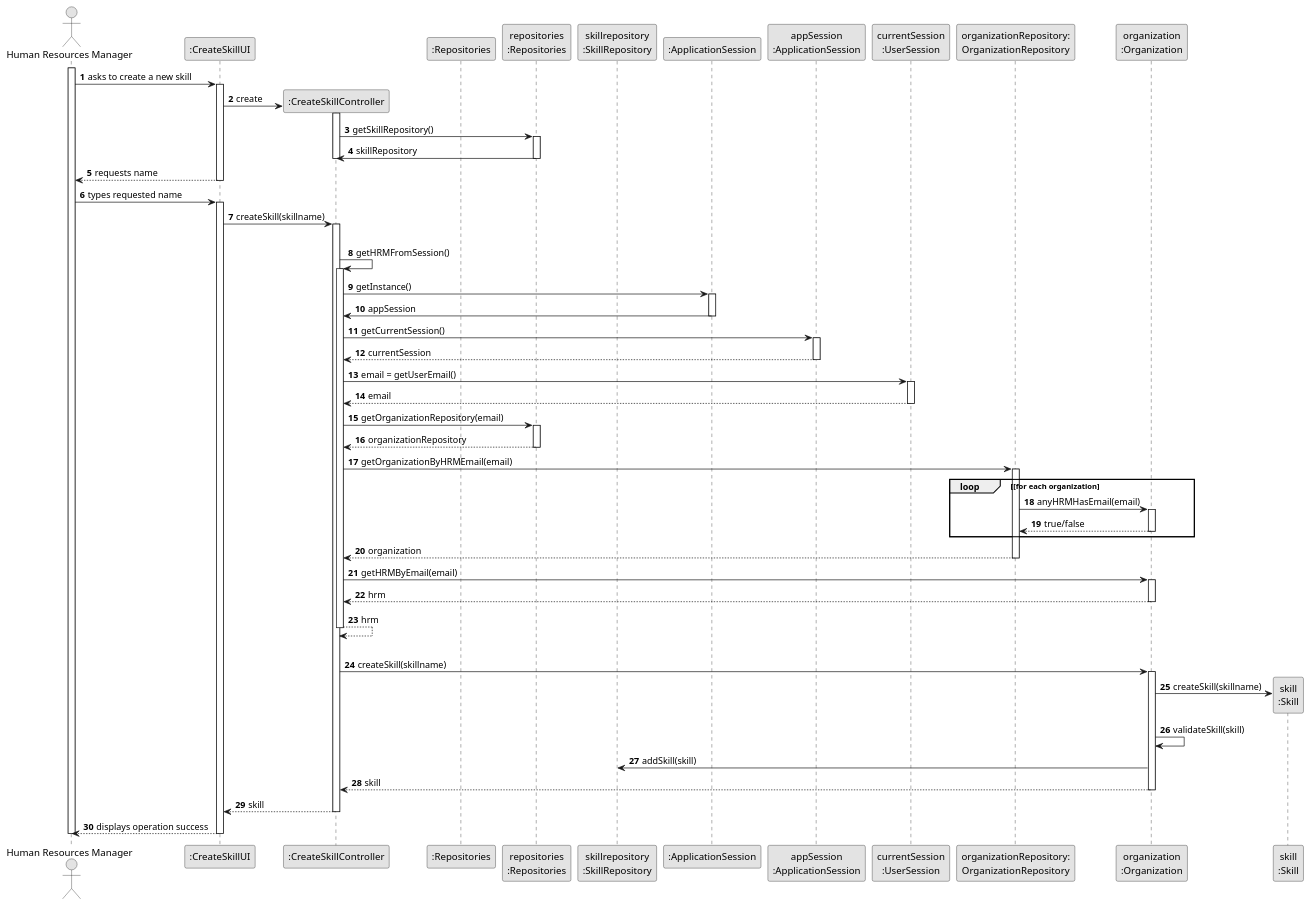
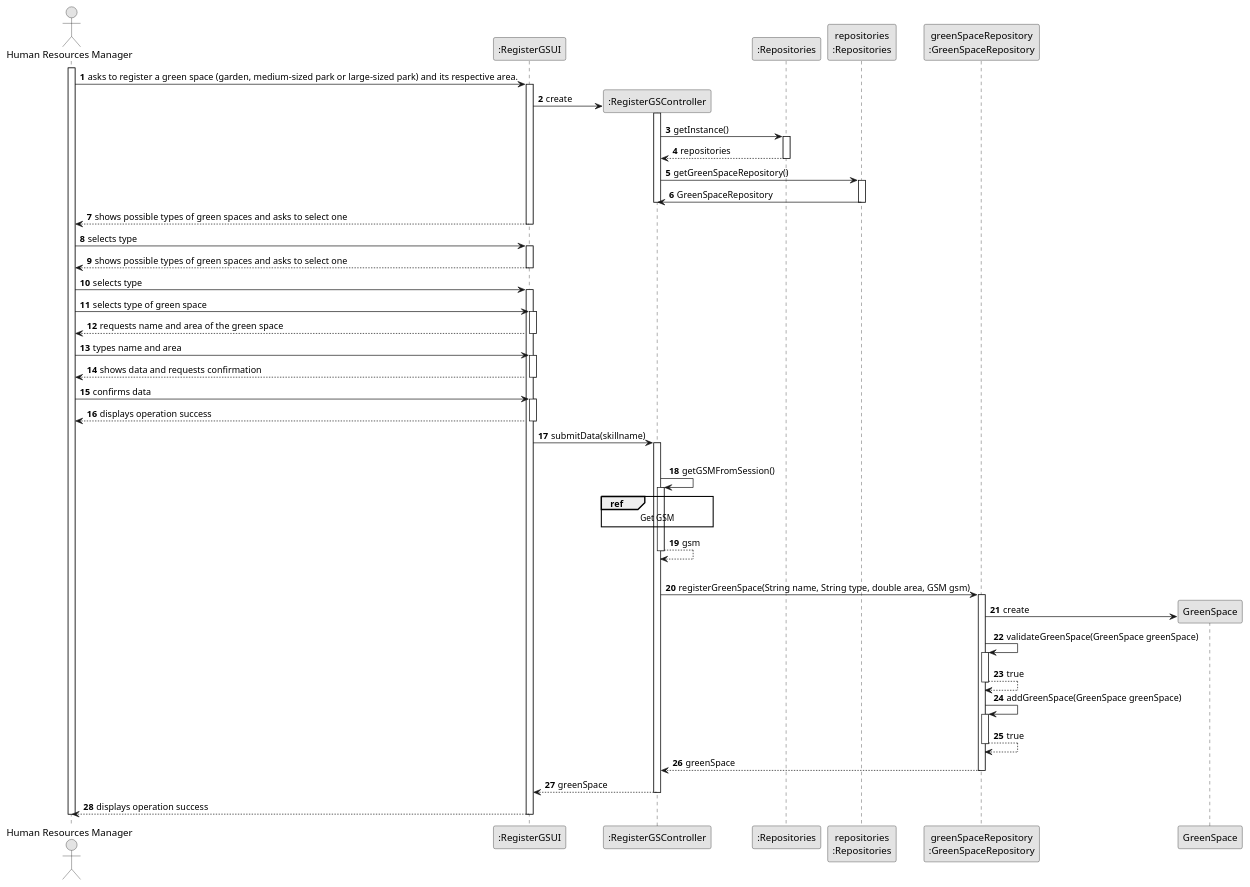
Before and after one commit to tiagosoa/lei-24-s2-1dgh-g073: the diagram in docs/sprint3/us020/03.design/puml/us001-sequence-diagram-full.puml, drawn with PlantUML. The commit also changed 18 other files, not shown here.

```diff
--- a/docs/sprint3/us020/03.design/puml/us001-sequence-diagram-full.puml
+++ b/docs/sprint3/us020/03.design/puml/us001-sequence-diagram-full.puml
@@ -1,123 +1,117 @@
 @startuml
 skinparam monochrome true
 skinparam packageStyle rectangle
 skinparam shadowing false
 
 autonumber
 
 'hide footbox
 actor "Human Resources Manager" as ADM
-participant ":CreateSkillUI" as UI
-participant ":CreateSkillController" as CTRL
+participant ":RegisterGSUI" as UI
+participant ":RegisterGSController" as CTRL
 participant ":Repositories" as RepositorySingleton
 participant "repositories\n:Repositories" as PLAT
-participant "skillrepository\n:SkillRepository" as SR
-participant ":ApplicationSession" as _APP
-participant "appSession\n:ApplicationSession" as APP
-participant "currentSession\n:UserSession" as SESSAO
-participant "organizationRepository:\nOrganizationRepository" as OrganizationRepository
-participant "organization\n:Organization" as ORG
-participant "skill\n:Skill" as HABILIDADE
+participant "greenSpaceRepository\n:GreenSpaceRepository" as GSR
+participant "GreenSpace" as HABILIDADE
 
 activate ADM
 
-        ADM -> UI : asks to create a new skill
+        ADM -> UI : asks to register a green space (garden, medium-sized park or large-sized park) and its respective area.
 
         activate UI
 
 '            UI --> ADM : requests data (name)
             'create CTRL
             UI -> CTRL** : create
 
             activate CTRL
 
-                 CTRL -> PLAT : getSkillRepository()
-                         activate PLAT
+                        CTRL -> RepositorySingleton : getInstance()
+                                        activate RepositorySingleton
 
-                     PLAT -> CTRL : skillRepository
-                     deactivate PLAT
-    deactivate CTRL
-    UI --> ADM : requests name
+                                            RepositorySingleton --> CTRL: repositories
+                                        deactivate RepositorySingleton
+
+                             CTRL -> PLAT : getGreenSpaceRepository()
+                                     activate PLAT
+
+                                 PLAT -> CTRL : GreenSpaceRepository
+                                 deactivate PLAT
+                                 deactivate CTRL
+
+
+    UI --> ADM : shows possible types of green spaces and asks to select one
     deactivate UI
 
-    ADM -> UI : types requested name
+    ADM -> UI : selects type
     activate UI
 
-        UI -> CTRL : createSkill(skillname)
+    UI --> ADM : shows possible types of green spaces and asks to select one
+    deactivate UI
+
+        ADM -> UI : selects type
+        activate UI
+            ADM -> UI : selects type of green space
+            activate UI
+        
+            UI --> ADM : requests name and area of the green space
+            deactivate UI
+        
+            ADM -> UI : types name and area
+            activate UI
+        
+            UI --> ADM : shows data and requests confirmation
+            deactivate UI
+        
+            ADM -> UI : confirms data
+            activate UI
+        
+            UI --> ADM : displays operation success
+            deactivate UI
+
+
+        UI -> CTRL : submitData(skillname)
         activate CTRL
 
             |||
-            CTRL -> CTRL : getHRMFromSession()
+            CTRL -> CTRL : getGSMFromSession()
             activate CTRL
 
-                CTRL -> _APP: getInstance()
-                activate _APP
-                    _APP -> CTRL: appSession
-                deactivate _APP
+            ref over CTRL
+            Get GSM
+            end
 
-
-                CTRL -> APP: getCurrentSession()
-                activate APP
-
-                    APP --> CTRL: currentSession
-                deactivate APP
-
-                CTRL -> SESSAO: email = getUserEmail()
-                activate SESSAO
-
-                    SESSAO --> CTRL: email
-                deactivate SESSAO
-
-
-                CTRL -> PLAT: getOrganizationRepository(email)
-                activate PLAT
-
-                    PLAT --> CTRL: organizationRepository
-                deactivate PLAT
-
-
-                CTRL -> OrganizationRepository: getOrganizationByHRMEmail(email)
-                activate OrganizationRepository
-
-                    loop [for each organization
-                        OrganizationRepository -> ORG : anyHRMHasEmail(email)
-                        activate ORG
-
-                             ORG --> OrganizationRepository : true/false
-                        deactivate ORG
-                    end
-                    OrganizationRepository --> CTRL : organization
-                deactivate OrganizationRepository
-
-                CTRL -> ORG: getHRMByEmail(email)
-                activate ORG
-
-                    ORG --> CTRL : hrm
-                deactivate ORG
-
-                CTRL --> CTRL : hrm
+                CTRL --> CTRL : gsm
             deactivate CTRL
 
             |||
-            CTRL -> ORG: createSkill(skillname)
-            activate ORG
+            CTRL -> GSR: registerGreenSpace(String name, String type, double area, GSM gsm)
+            activate GSR
 
-                ORG -> HABILIDADE**: createSkill(skillname)
+                GSR -> HABILIDADE**: create
 
-                ORG -> ORG: validateSkill(skill)
+                GSR -> GSR: validateGreenSpace(GreenSpace greenSpace)
+                activate GSR
 
-                ORG -> SR: addSkill(skill)
+                GSR --> GSR: true
+                deactivate GSR
+
+                GSR -> GSR: addGreenSpace(GreenSpace greenSpace)
+                                activate GSR
+
+                                GSR --> GSR: true
+                                deactivate GSR
 
 
-                ORG --> CTRL : skill
+                GSR --> CTRL : greenSpace
 
-            deactivate ORG
+            deactivate GSR
 
-            CTRL --> UI: skill
+            CTRL --> UI: greenSpace
             deactivate CTRL
             UI --> ADM: displays operation success
     deactivate UI
 
 deactivate ADM
 
 @enduml
```
